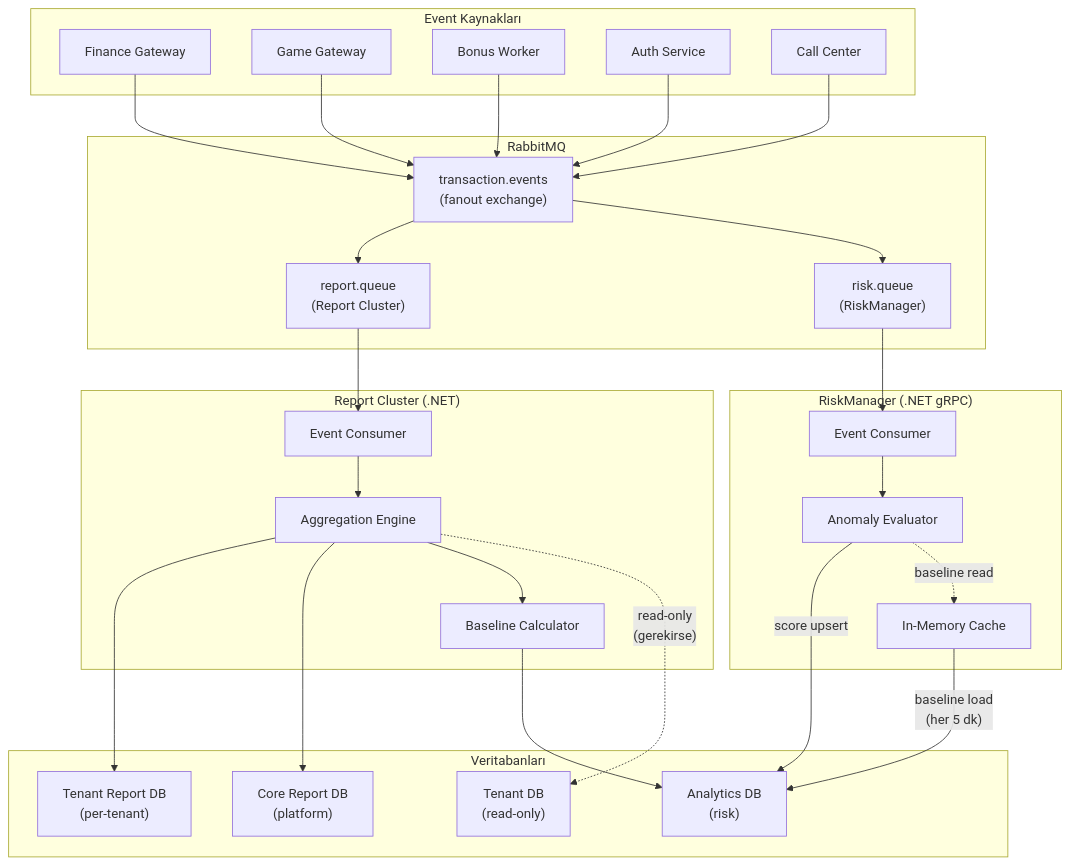
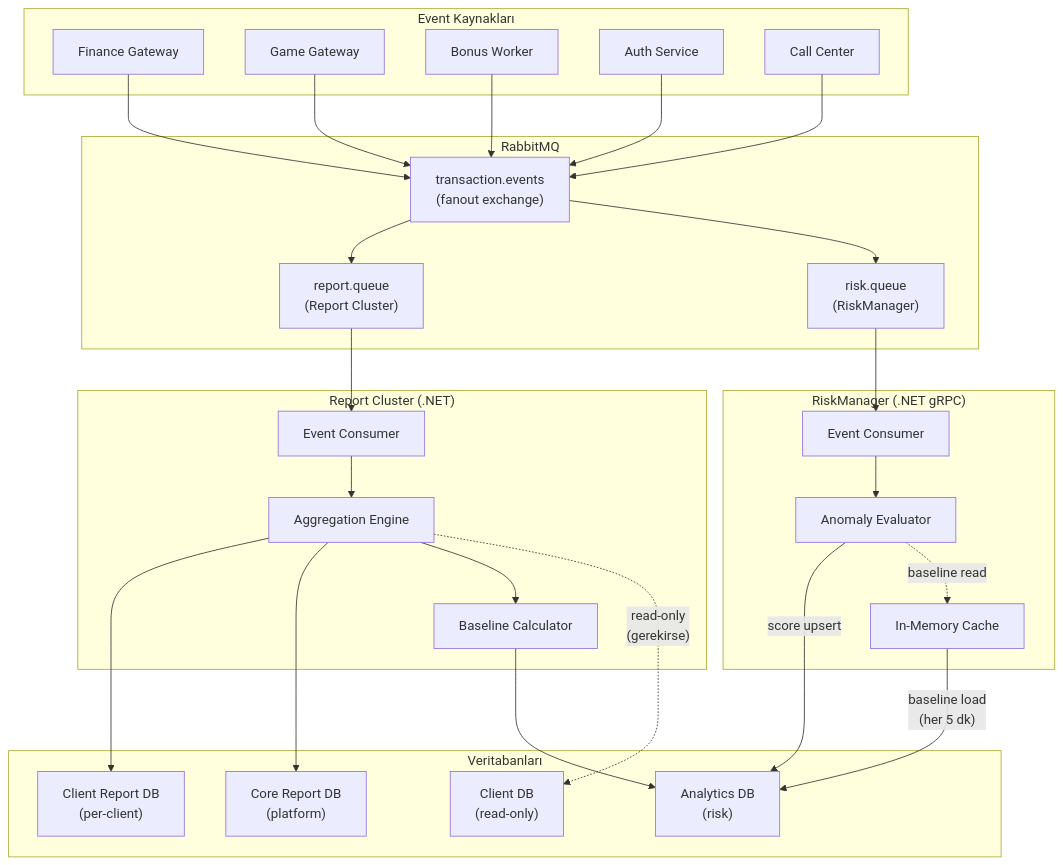
One commit to frhtshn/One.DB changed the first of 6 diagrams in .docs/guides/REPORT_CLUSTER_BACKEND.md. Above: the diagram before and after it, drawn with Mermaid. The commit also changed other lines of this file and 442 other files, not shown here.

First line of the commit message:
Nucleo → Sortis One ve tenant → client içerik güncellemeleri

````diff
--- a/.docs/guides/REPORT_CLUSTER_BACKEND.md
+++ b/.docs/guides/REPORT_CLUSTER_BACKEND.md
@@ -14,51 +14,51 @@
 ```mermaid
 flowchart TD
     subgraph sources["Event Kaynakları"]
         FG["Finance Gateway"]
         GG["Game Gateway"]
         BW["Bonus Worker"]
         AS["Auth Service"]
         CS["Call Center"]
     end
 
     subgraph mq["RabbitMQ"]
         EX["transaction.events<br/>(fanout exchange)"]
         RQ["report.queue<br/>(Report Cluster)"]
         AQ["risk.queue<br/>(RiskManager)"]
     end
 
     subgraph rc["Report Cluster (.NET)"]
         RC_EH["Event Consumer"]
         RC_AGG["Aggregation Engine"]
         RC_BL["Baseline Calculator"]
     end
 
     subgraph rm["RiskManager (.NET gRPC)"]
         RM_EH["Event Consumer"]
         RM_EVAL["Anomaly Evaluator"]
         RM_CACHE["In-Memory Cache"]
     end
 
     subgraph databases["Veritabanları"]
-        TR["Tenant Report DB<br/>(per-tenant)"]
+        TR["Client Report DB<br/>(per-client)"]
         CR["Core Report DB<br/>(platform)"]
         AN["Analytics DB<br/>(risk)"]
-        TD["Tenant DB<br/>(read-only)"]
+        TD["Client DB<br/>(read-only)"]
     end
 
     FG & GG & BW & AS & CS --> EX
     EX --> RQ
     EX --> AQ
 
     RQ --> RC_EH --> RC_AGG
     RC_AGG --> TR
     RC_AGG --> CR
     RC_AGG --> RC_BL --> AN
 
     AQ --> RM_EH --> RM_EVAL
     RM_CACHE -- "baseline load<br/>(her 5 dk)" --> AN
     RM_EVAL -- "score upsert" --> AN
     RM_EVAL -. "baseline read" .-> RM_CACHE
 
     RC_AGG -. "read-only<br/>(gerekirse)" .-> TD
 ```
````
